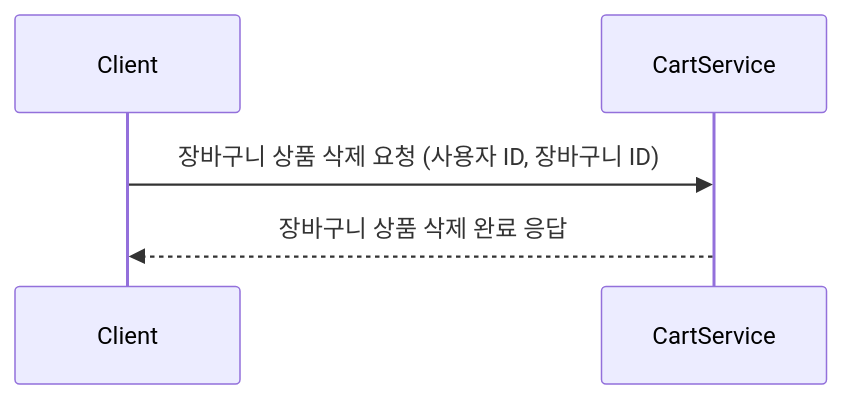
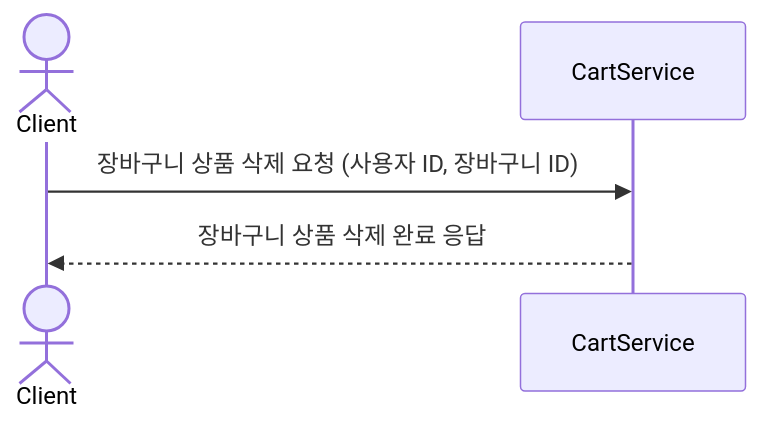
Before and after one commit to lgm1007/hhplus_ecommerce: the eighth of 9 diagrams in docs/SEQUENCE_DIAGRAM.md, drawn with Mermaid. The commit also changed other lines of this file, not shown here.

Commit message:
docs: 시퀀스 다이어그램에서 클라이언트 부분을 actor로 작성

````diff
--- a/docs/SEQUENCE_DIAGRAM.md
+++ b/docs/SEQUENCE_DIAGRAM.md
@@ -168,8 +168,8 @@
 ```mermaid
 sequenceDiagram
-    participant Client
+    actor Client
     participant CartService
 
     Client ->> CartService: 장바구니 상품 삭제 요청 (사용자 ID, 장바구니 ID)
     CartService -->> Client: 장바구니 상품 삭제 완료 응답
 ```
````
